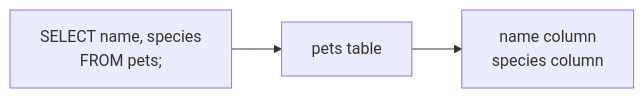
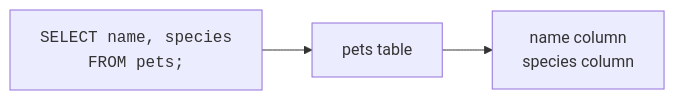
One commit to dataslope/dataslope changed the third of 3 diagrams in content/learn/sqlite-for-beginners/first-queries.mdx. Above: the diagram before and after it, drawn with Mermaid. The commit also changed other lines of this file and 56 other files, not shown here.

````diff
--- a/content/learn/sqlite-for-beginners/first-queries.mdx
+++ b/content/learn/sqlite-for-beginners/first-queries.mdx
@@ -112,5 +112,5 @@
 ```mermaid
 flowchart LR
-    Q["SELECT name, species<br/>FROM pets;"] --> T["pets table"]
+    Q["<code>SELECT name, species<br/>FROM pets;</code>"] --> T["pets table"]
     T --> R["name column<br/>species column"]
 ```
````
